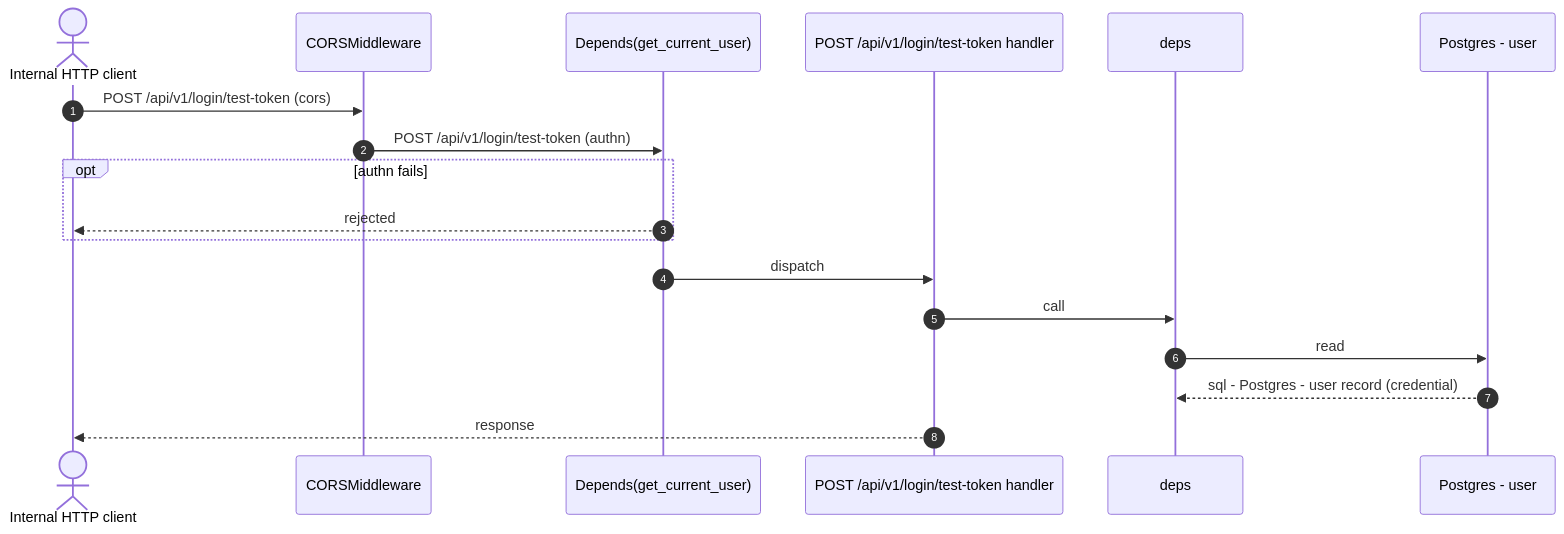
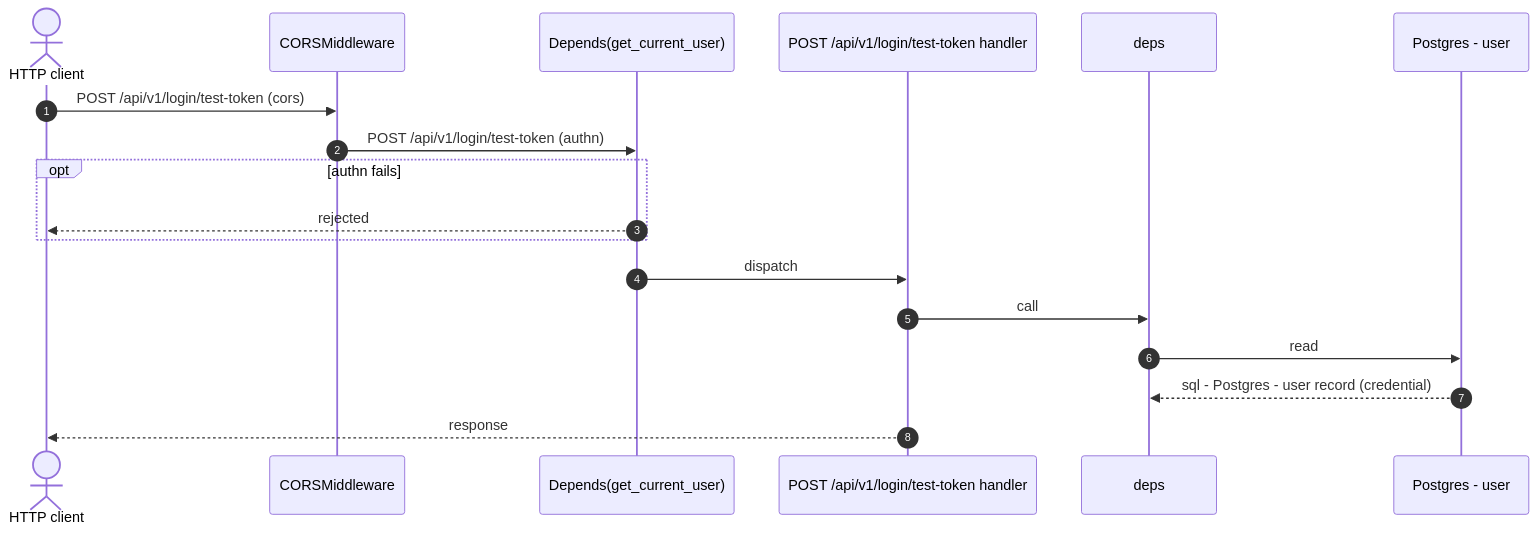
The diagram in evaluation/fastapi-full-stack/diagrams/flow-5nefyiqzyl.mmd (AskShri/code2designmapping), drawn with Mermaid before and after one commit. The commit also changed 164 other files, not shown here.

```diff
--- a/evaluation/fastapi-full-stack/diagrams/flow-5nefyiqzyl.mmd
+++ b/evaluation/fastapi-full-stack/diagrams/flow-5nefyiqzyl.mmd
@@ -1,19 +1,19 @@
 %% Control flow: POST /api/v1/login/test-token
 sequenceDiagram
   autonumber
-  actor ext_3nnzcvcul3 as Internal HTTP client
+  actor ext_sga4qktkap as HTTP client
   participant ctl_wd5aciiryx as CORSMiddleware
   participant ctl_pvxpcvruad as Depends(get_current_user)
   participant proc_qo5ceqj6i5 as POST /api/v1/login/test-token handler
   participant proc_y2oca677vj as deps
   participant store_tvae56uepz as Postgres - user
-  ext_3nnzcvcul3->>ctl_wd5aciiryx: POST /api/v1/login/test-token (cors)
+  ext_sga4qktkap->>ctl_wd5aciiryx: POST /api/v1/login/test-token (cors)
   ctl_wd5aciiryx->>ctl_pvxpcvruad: POST /api/v1/login/test-token (authn)
   opt authn fails
-    ctl_pvxpcvruad-->>ext_3nnzcvcul3: rejected
+    ctl_pvxpcvruad-->>ext_sga4qktkap: rejected
   end
   ctl_pvxpcvruad->>proc_qo5ceqj6i5: dispatch
   proc_qo5ceqj6i5->>proc_y2oca677vj: call
   proc_y2oca677vj->>store_tvae56uepz: read
   store_tvae56uepz-->>proc_y2oca677vj: sql - Postgres - user record (credential)
-  proc_qo5ceqj6i5-->>ext_3nnzcvcul3: response
+  proc_qo5ceqj6i5-->>ext_sga4qktkap: response
```
